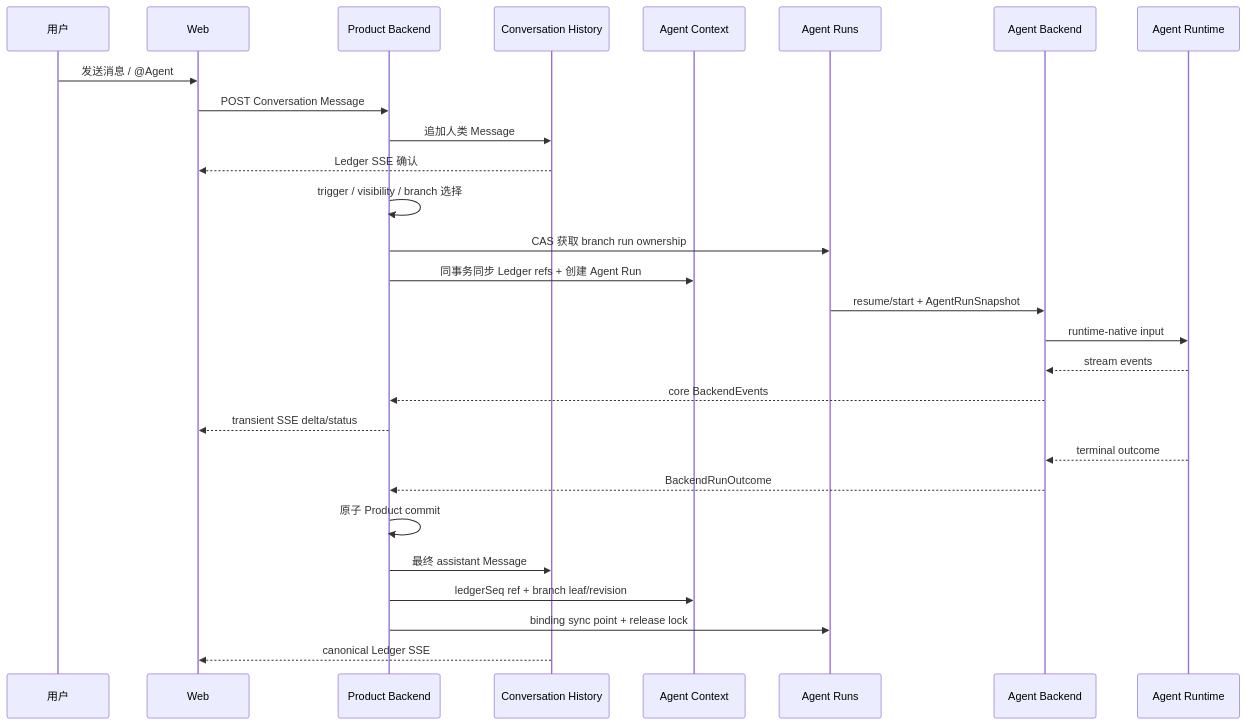
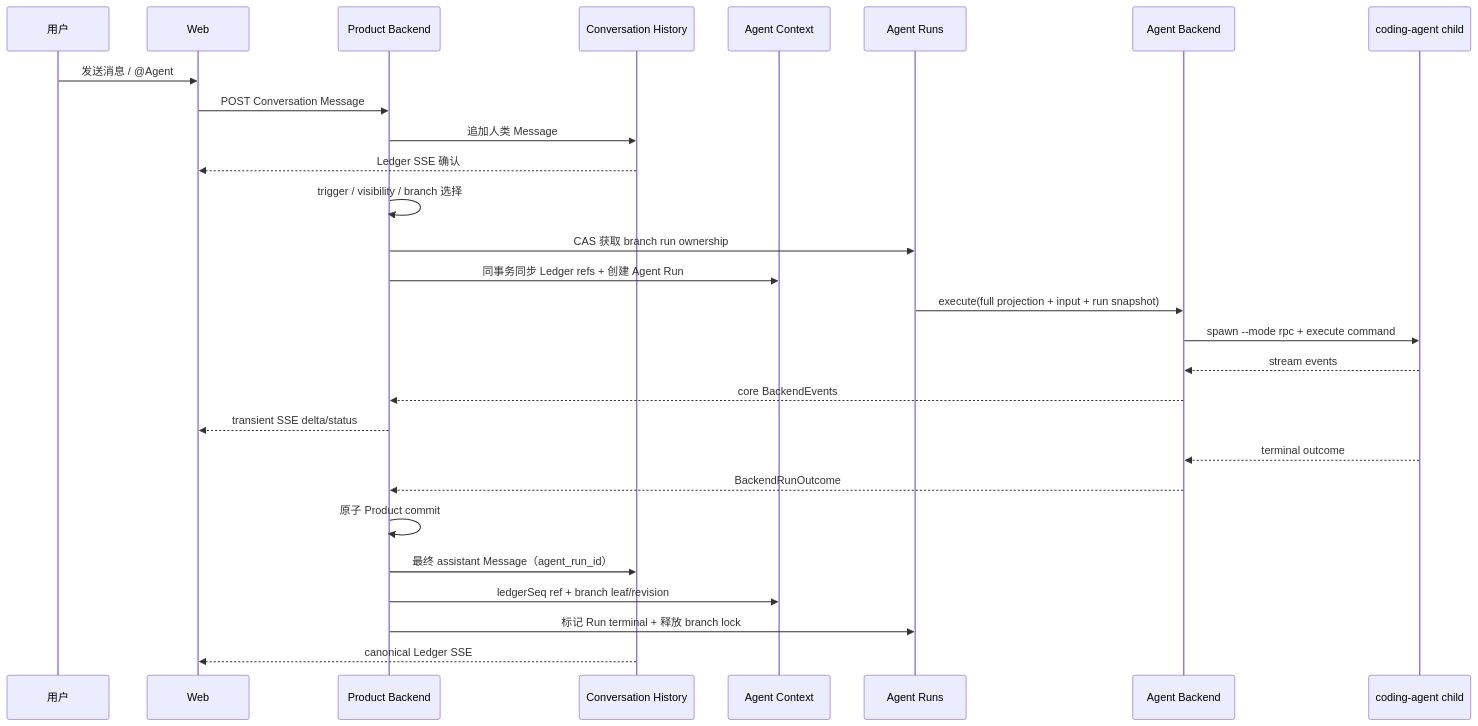
Before and after one commit to Chengchcc/my-agent-dev: the diagram in docs/architecture/flows/e2e-web-message.md, drawn with Mermaid. The commit also changed other lines of this file and 99 other files, not shown here.

````diff
--- a/docs/architecture/flows/e2e-web-message.md
+++ b/docs/architecture/flows/e2e-web-message.md
@@ -21,31 +21,31 @@
 ```mermaid
 sequenceDiagram
   participant U as 用户
   participant W as Web
   participant P as Product Backend
   participant L as Conversation History
   participant T as Agent Context
   participant S as Agent Runs
   participant A as Agent Backend
-  participant R as Agent Runtime
+  participant K as coding-agent child
 
   U->>W: 发送消息 / @Agent
   W->>P: POST Conversation Message
   P->>L: 追加人类 Message
   L-->>W: Ledger SSE 确认
   P->>P: trigger / visibility / branch 选择
   P->>S: CAS 获取 branch run ownership
   P->>T: 同事务同步 Ledger refs + 创建 Agent Run
-  S->>A: resume/start + AgentRunSnapshot
-  A->>R: runtime-native input
-  R-->>A: stream events
+  S->>A: execute(full projection + input + run snapshot)
+  A->>K: spawn --mode rpc + execute command
+  K-->>A: stream events
   A-->>P: core BackendEvents
   P-->>W: transient SSE delta/status
-  R-->>A: terminal outcome
+  K-->>A: terminal outcome
   A-->>P: BackendRunOutcome
   P->>P: 原子 Product commit
-  P->>L: 最终 assistant Message
+  P->>L: 最终 assistant Message（agent_run_id）
   P->>T: ledgerSeq ref + branch leaf/revision
-  P->>S: binding sync point + release lock
+  P->>S: 标记 Run terminal + 释放 branch lock
   L-->>W: canonical Ledger SSE
 ```
````
